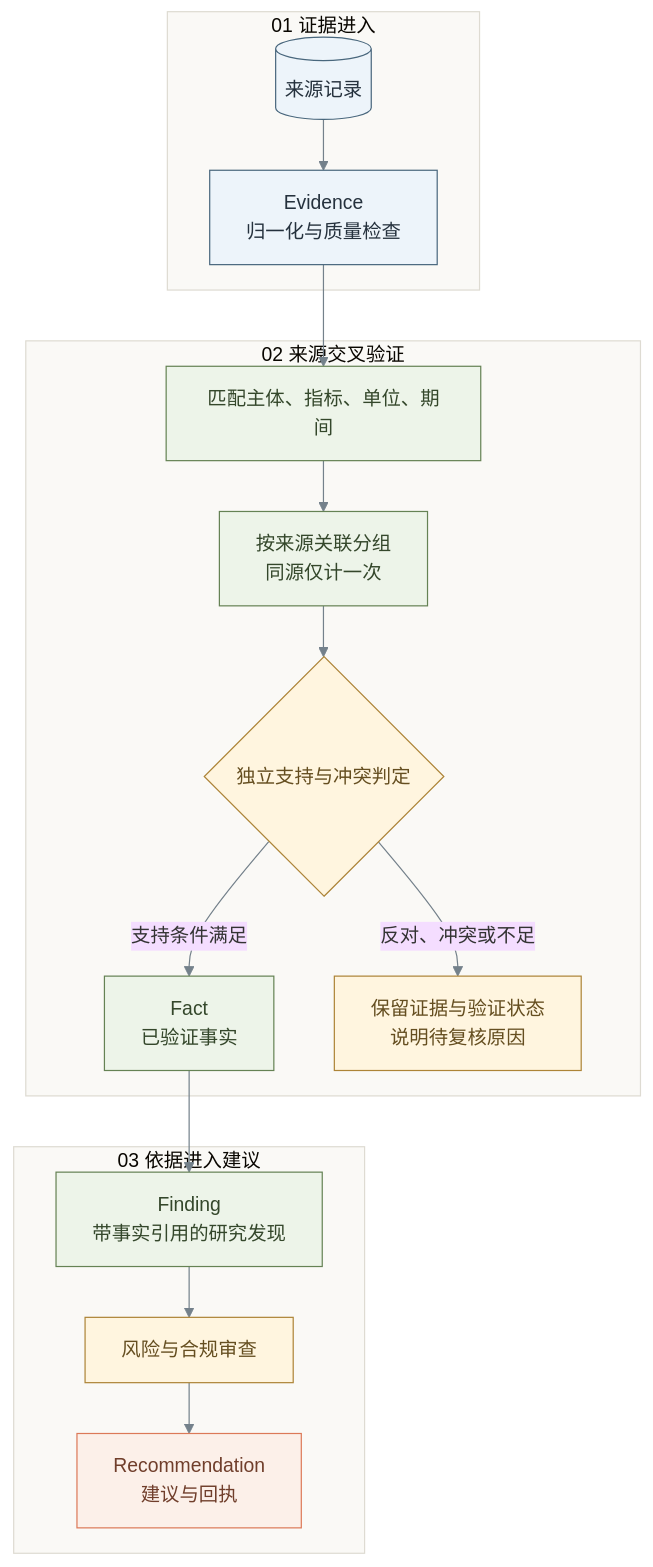
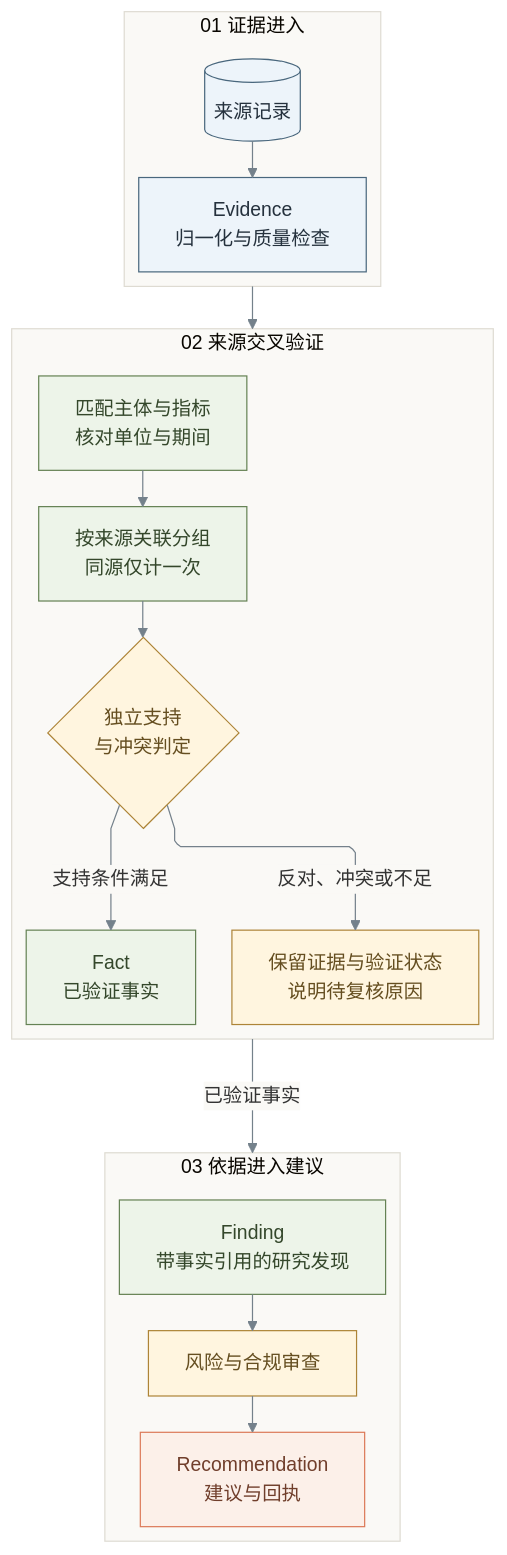
One commit to 1917173927/prism changed the fourth of 8 diagrams in docs/submission/competition-technical-solution.md. Above: the diagram before and after it, drawn with Mermaid. The commit also changed other lines of this file and 9 other files, not shown here.

Commit message:
docs: 优化技术图的竖向布局与连线

````diff
--- a/docs/submission/competition-technical-solution.md
+++ b/docs/submission/competition-technical-solution.md
@@ -326,27 +358,32 @@
 ```mermaid
-%%{init: {"theme":"base","themeVariables":{"fontFamily":"Microsoft YaHei, sans-serif","lineColor":"#74818b","clusterBkg":"#faf9f6","clusterBorder":"#dedbd2"},"flowchart":{"curve":"basis","rankSpacing":42}}}%%
-flowchart TD
+%%{init: {"theme":"base","themeVariables":{"fontFamily":"Microsoft YaHei, sans-serif","lineColor":"#74818b","edgeLabelBackground":"#faf9f6","clusterBkg":"#faf9f6","clusterBorder":"#dedbd2"},"flowchart":{"curve":"linear","nodeSpacing":36,"rankSpacing":48}}}%%
+flowchart-elk TD
     subgraph SOURCE[01 证据进入]
+    direction TB
     A[(来源记录)] --> B[Evidence<br/>归一化与质量检查]
     end
     subgraph VALIDATE[02 来源交叉验证]
-    B --> C[匹配主体、指标、单位、期间]
+    direction TB
+    C[匹配主体与指标<br/>核对单位与期间]
     C --> L[按来源关联分组<br/>同源仅计一次]
-    L --> D{独立支持与冲突判定}
+    L --> D{独立支持<br/>与冲突判定}
     D -->|支持条件满足| E[Fact<br/>已验证事实]
     D -->|反对、冲突或不足| F[保留证据与验证状态<br/>说明待复核原因]
     end
     subgraph DECISION[03 依据进入建议]
-    E --> N[Finding<br/>带事实引用的研究发现]
+    direction TB
+    N[Finding<br/>带事实引用的研究发现]
     N --> G[风险与合规审查]
     G --> H[Recommendation<br/>建议与回执]
     end
+    SOURCE --> VALIDATE
+    VALIDATE -->|已验证事实| DECISION
     classDef source fill:#edf4fa,stroke:#49677d,color:#25313d
     classDef evidence fill:#edf4e9,stroke:#658254,color:#34472b
     classDef check fill:#fff5df,stroke:#ad8437,color:#654e20
     classDef output fill:#fcf0e9,stroke:#dc7958,color:#703e2b
     class A,B source
     class C,L,E,N evidence
     class D,F,G check
     class H output
 ```
````
